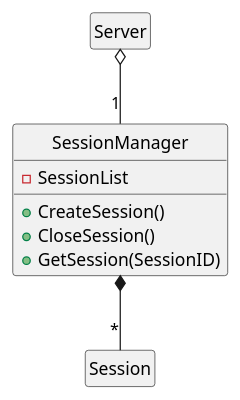
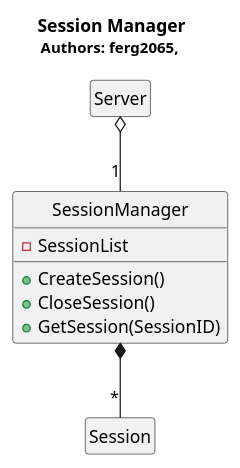
Before and after one commit to voxelv/sQuire_kw: the diagram in hw3/Server/server_sessionmanager.pu, drawn with PlantUML. The commit also changed 19 other files, not shown here.

```diff
--- a/hw3/Server/server_sessionmanager.pu
+++ b/hw3/Server/server_sessionmanager.pu
@@ -1,19 +1,21 @@
 @startuml
 hide circle
 hide empty members
+
+Title <b>Session Manager</b>\n<size:12>Authors: ferg2065, </size>
 
 class "Server" as sqs
 class "SessionManager" as sqs_se_m{
 	-SessionList
 	+CreateSession()
 	+CloseSession()
 	+GetSession(SessionID)
 	}
 class "Session" as sqs_se
 
 
 sqs o-- "1" sqs_se_m 
 sqs_se_m *-- "*" sqs_se
 
 
 @enduml
```
